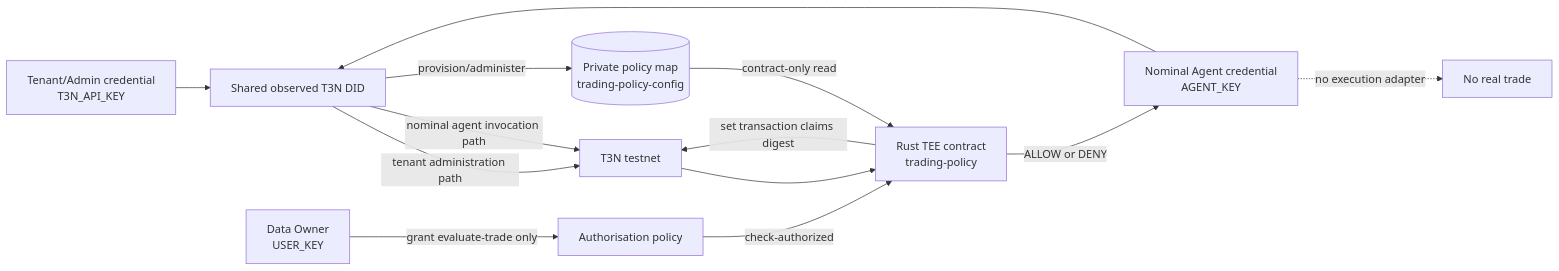
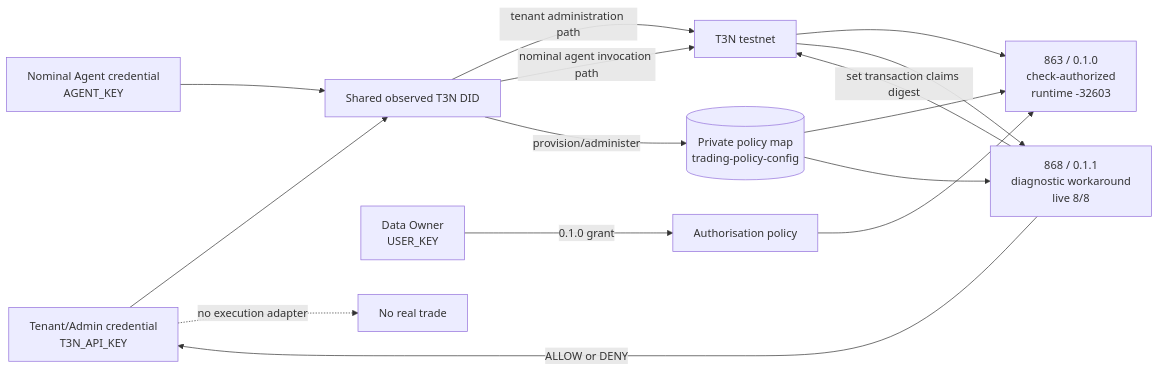
Before and after one commit to zhaofeipeter/secure-trading-policy-agent: the diagram in README.md, drawn with Mermaid. The commit also changed other lines of this file and 18 other files, not shown here.

Commit message:
feat: complete T3N secure trading policy demo

````diff
--- a/README.md
+++ b/README.md
@@ -9,15 +9,17 @@
 ```mermaid
 flowchart LR
     Admin[Tenant/Admin credential<br/>T3N_API_KEY] --> Shared[Shared observed T3N DID]
     Agent[Nominal Agent credential<br/>AGENT_KEY] --> Shared
     Shared -->|tenant administration path| T[T3N testnet]
     Shared -->|nominal agent invocation path| T
     Shared -->|provision/administer| KV[(Private policy map<br/>trading-policy-config)]
-    User[Data Owner<br/>USER_KEY] -->|grant evaluate-trade only| Auth[Authorisation policy]
-    T --> C[Rust TEE contract<br/>trading-policy]
-    Auth -->|check-authorized| C
-    KV -->|contract-only read| C
-    C -->|ALLOW or DENY| Agent
-    C -->|set transaction claims digest| T
-    Agent -. no execution adapter .-> X[No real trade]
+    User[Data Owner<br/>USER_KEY] -->|0.1.0 grant| Auth[Authorisation policy]
+    T --> Original[863 / 0.1.0<br/>check-authorized<br/>runtime -32603]
+    Auth --> Original
+    T --> Diagnostic[868 / 0.1.1<br/>diagnostic workaround<br/>live 8/8]
+    KV --> Original
+    KV --> Diagnostic
+    Diagnostic -->|ALLOW or DENY| Admin
+    Diagnostic -->|set transaction claims digest| T
+    Admin -. no execution adapter .-> X[No real trade]
 ```
````
